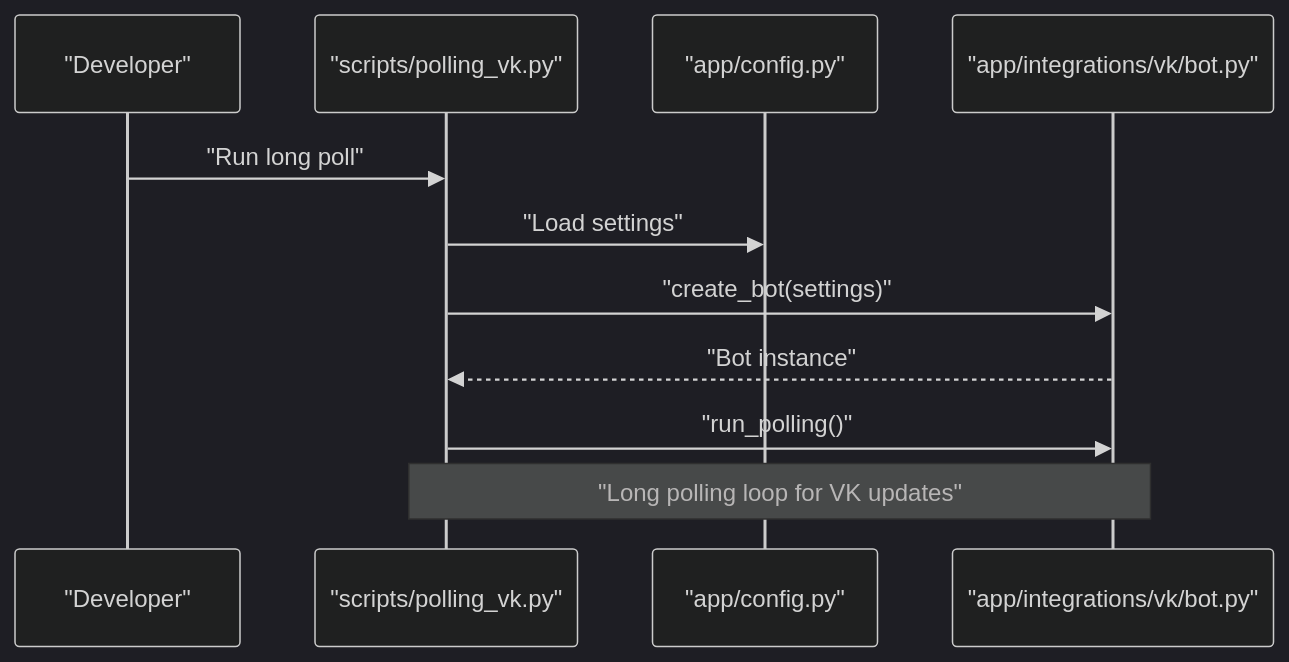
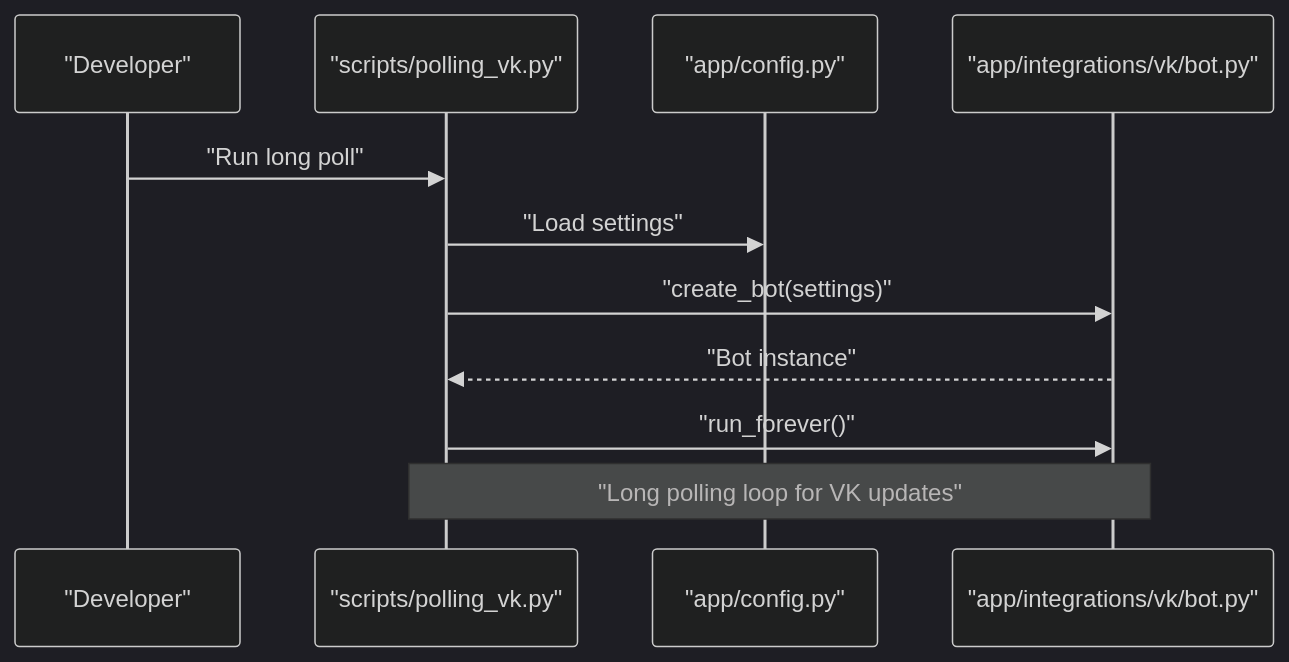
The seventh of 9 diagrams in .qoder/repowiki/en/content/Deployment and Operations.md (ognelis/cafetera_hr_bot), drawn with Mermaid (dark theme) before and after one commit. The commit also changed other lines of this file and 11 other files, not shown here.

````diff
--- a/.qoder/repowiki/en/content/Deployment and Operations.md
+++ b/.qoder/repowiki/en/content/Deployment and Operations.md
@@ -290,13 +329,13 @@
 ```mermaid
 sequenceDiagram
 participant Dev as "Developer"
 participant Script as "scripts/polling_vk.py"
 participant Config as "app/config.py"
 participant Bot as "app/integrations/vk/bot.py"
 Dev->>Script : "Run long poll"
 Script->>Config : "Load settings"
 Script->>Bot : "create_bot(settings)"
 Bot-->>Script : "Bot instance"
-Script->>Bot : "run_polling()"
+Script->>Bot : "run_forever()"
 Note over Script,Bot : "Long polling loop for VK updates"
 ```
````
